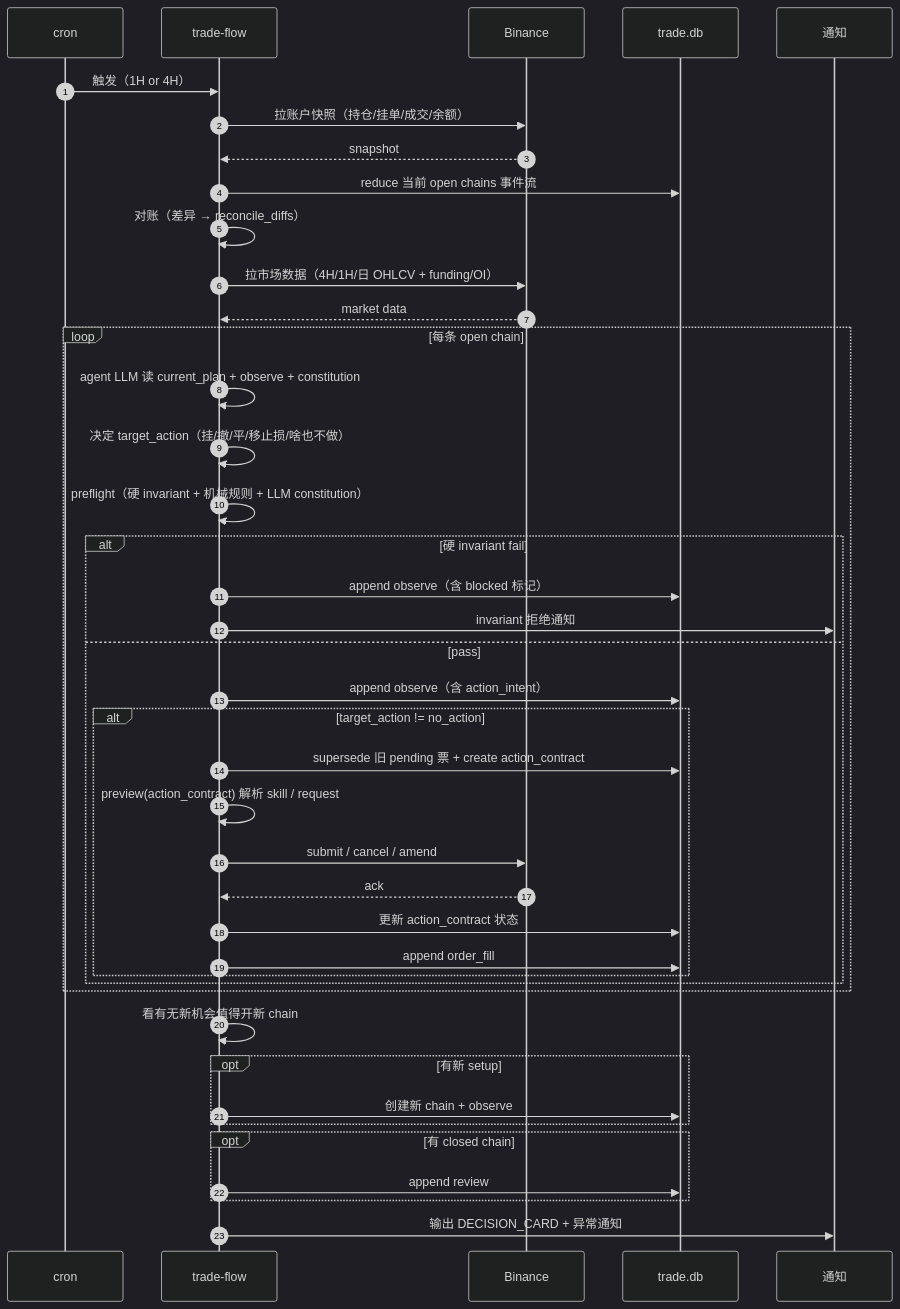
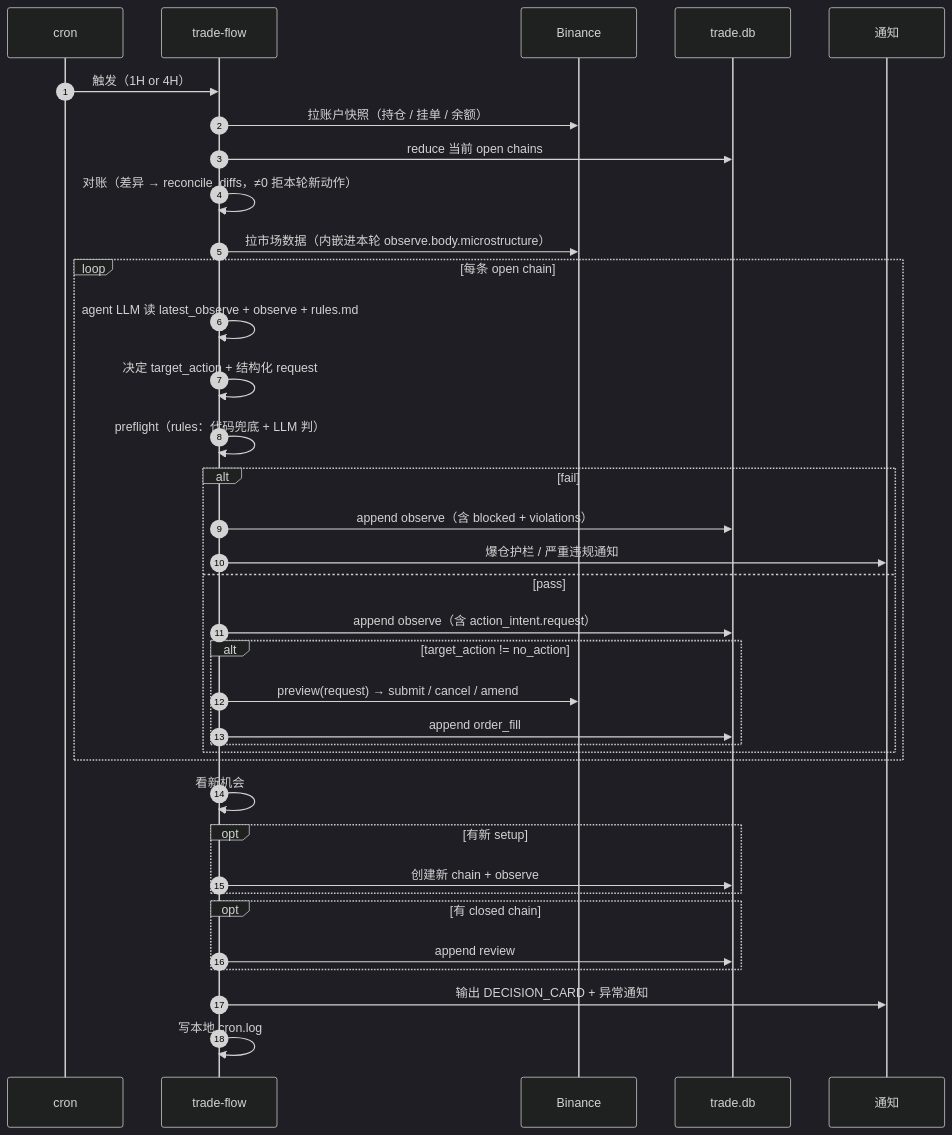
The diagram in docs/design-architecture.md (qOeOp/trade), drawn with Mermaid (dark theme) before and after one commit. The commit also changed other lines of this file and 1 other file, not shown here.

Commit message:
Simplify design architecture docs

````diff
--- a/docs/design-architecture.md
+++ b/docs/design-architecture.md
@@ -425,48 +225,43 @@
 ```mermaid
 sequenceDiagram
     autonumber
     participant C as cron
     participant TF as trade-flow
     participant BN as Binance
     participant DB as trade.db
     participant N as 通知
 
     C->>TF: 触发（1H or 4H）
-    TF->>BN: 拉账户快照（持仓/挂单/成交/余额）
-    BN-->>TF: snapshot
-    TF->>DB: reduce 当前 open chains 事件流
-    TF->>TF: 对账（差异 → reconcile_diffs）
-    TF->>BN: 拉市场数据（4H/1H/日 OHLCV + funding/OI）
-    BN-->>TF: market data
+    TF->>BN: 拉账户快照（持仓 / 挂单 / 余额）
+    TF->>DB: reduce 当前 open chains
+    TF->>TF: 对账（差异 → reconcile_diffs，≠0 拒本轮新动作）
+    TF->>BN: 拉市场数据（内嵌进本轮 observe.body.microstructure）
 
     loop 每条 open chain
-        TF->>TF: agent LLM 读 current_plan + observe + constitution
-        TF->>TF: 决定 target_action（挂/撤/平/移止损/啥也不做）
-        TF->>TF: preflight（硬 invariant + 机械规则 + LLM constitution）
-        alt 硬 invariant fail
-            TF->>DB: append observe（含 blocked 标记）
-            TF->>N: invariant 拒绝通知
+        TF->>TF: agent LLM 读 latest_observe + observe + rules.md
+        TF->>TF: 决定 target_action + 结构化 request
+        TF->>TF: preflight（rules：代码兜底 + LLM 判）
+        alt fail
+            TF->>DB: append observe（含 blocked + violations）
+            TF->>N: 爆仓护栏 / 严重违规通知
         else pass
-            TF->>DB: append observe（含 action_intent）
+            TF->>DB: append observe（含 action_intent.request）
             alt target_action != no_action
-                TF->>DB: supersede 旧 pending 票 + create action_contract
-                TF->>TF: preview(action_contract) 解析 skill / request
-                TF->>BN: submit / cancel / amend
-                BN-->>TF: ack
-                TF->>DB: 更新 action_contract 状态
+                TF->>BN: preview(request) → submit / cancel / amend
                 TF->>DB: append order_fill
             end
         end
     end
 
-    TF->>TF: 看有无新机会值得开新 chain
+    TF->>TF: 看新机会
     opt 有新 setup
         TF->>DB: 创建新 chain + observe
     end
 
     opt 有 closed chain
         TF->>DB: append review
     end
 
     TF->>N: 输出 DECISION_CARD + 异常通知
+    TF->>TF: 写本地 cron.log
 ```
````
